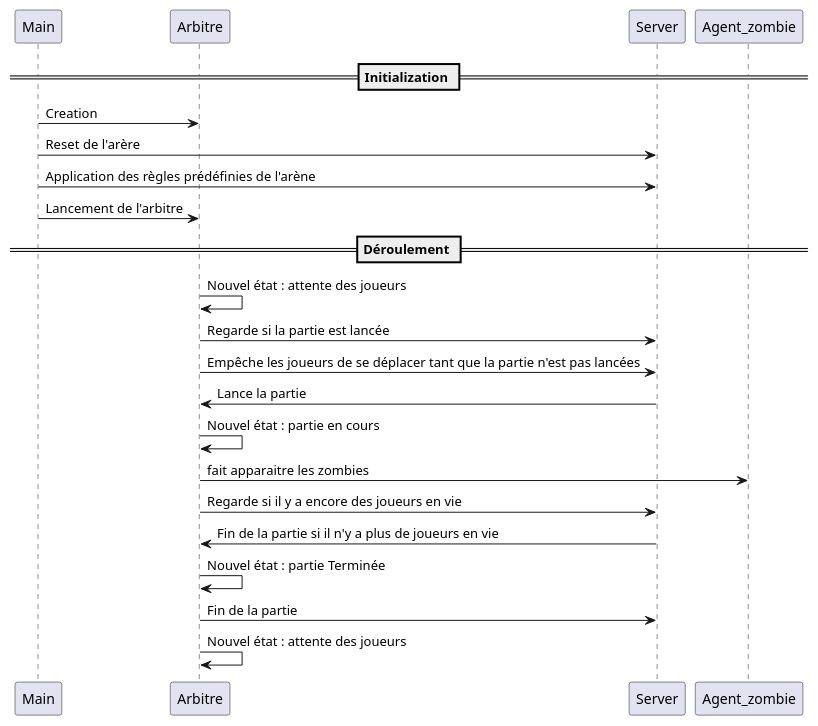
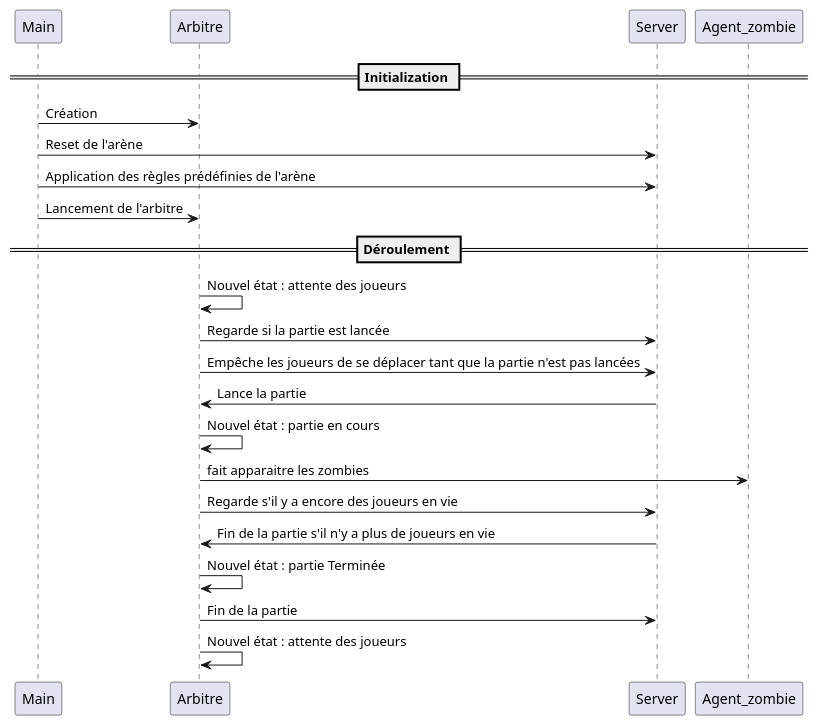
One commit to ccailly/SurvivalWaves changed the diagram in diagrammes/sequence.plantuml. Above: the diagram before and after it, drawn with PlantUML.

```diff
--- a/diagrammes/sequence.plantuml
+++ b/diagrammes/sequence.plantuml
@@ -1,25 +1,25 @@
 @startuml sequence
 
 == Initialization ==
-Main -> Arbitre: Creation
-Main -> Server: Reset de l'arère
+Main -> Arbitre: Création
+Main -> Server: Reset de l'arène
 Main -> Server: Application des règles prédéfinies de l'arène
 Main -> Arbitre: Lancement de l'arbitre
 
 == Déroulement ==
 Arbitre -> Arbitre: Nouvel état : attente des joueurs
 Arbitre -> Server: Regarde si la partie est lancée
 Arbitre -> Server: Empêche les joueurs de se déplacer tant que la partie n'est pas lancées 
 
 Server -> Arbitre: Lance la partie
 Arbitre -> Arbitre: Nouvel état : partie en cours
 
 Arbitre -> Agent_zombie: fait apparaitre les zombies
-Arbitre -> Server: Regarde si il y a encore des joueurs en vie
-Server -> Arbitre: Fin de la partie si il n'y a plus de joueurs en vie
+Arbitre -> Server: Regarde s'il y a encore des joueurs en vie
+Server -> Arbitre: Fin de la partie s'il n'y a plus de joueurs en vie
 Arbitre -> Arbitre: Nouvel état : partie Terminée
 Arbitre -> Server: Fin de la partie
 
 Arbitre -> Arbitre: Nouvel état : attente des joueurs
 
 @enduml
```
